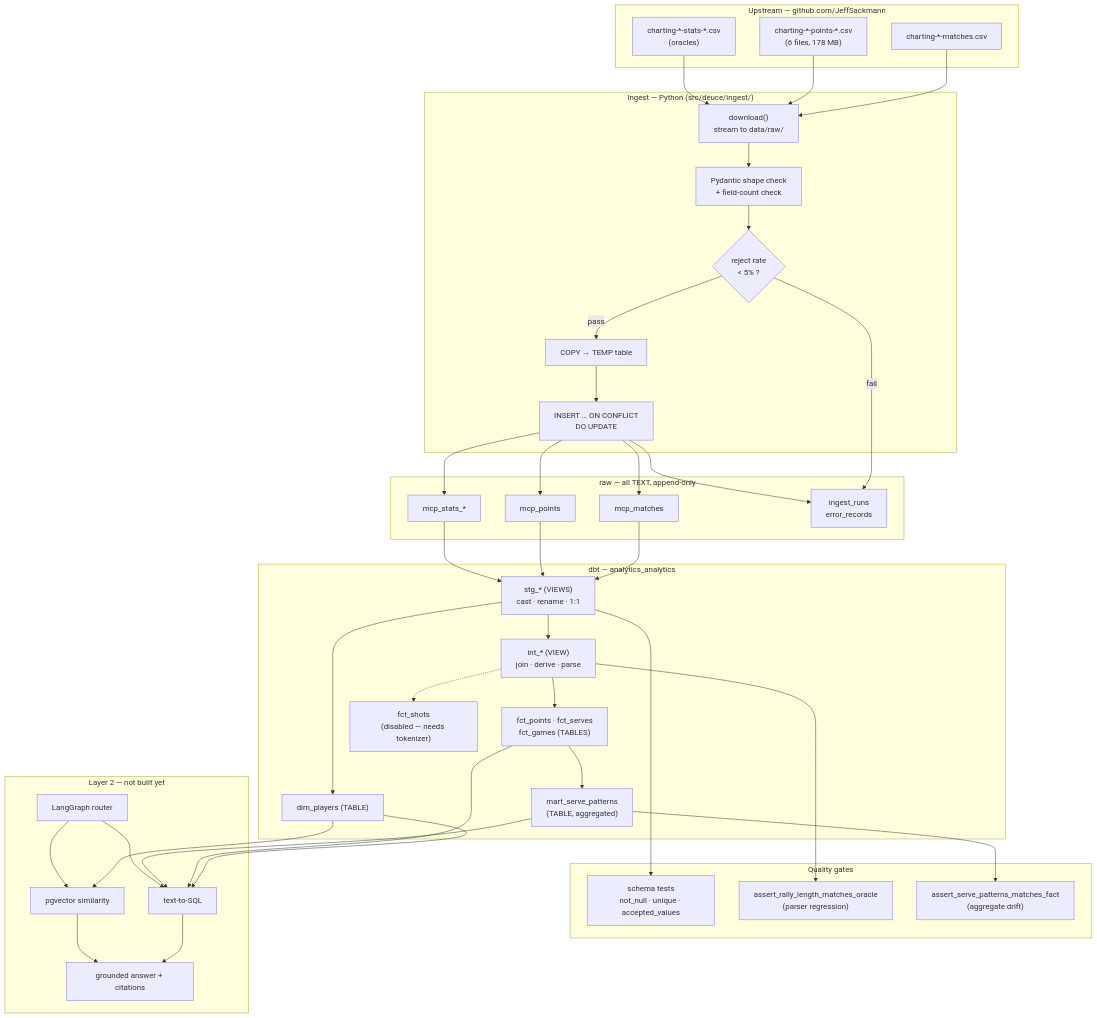
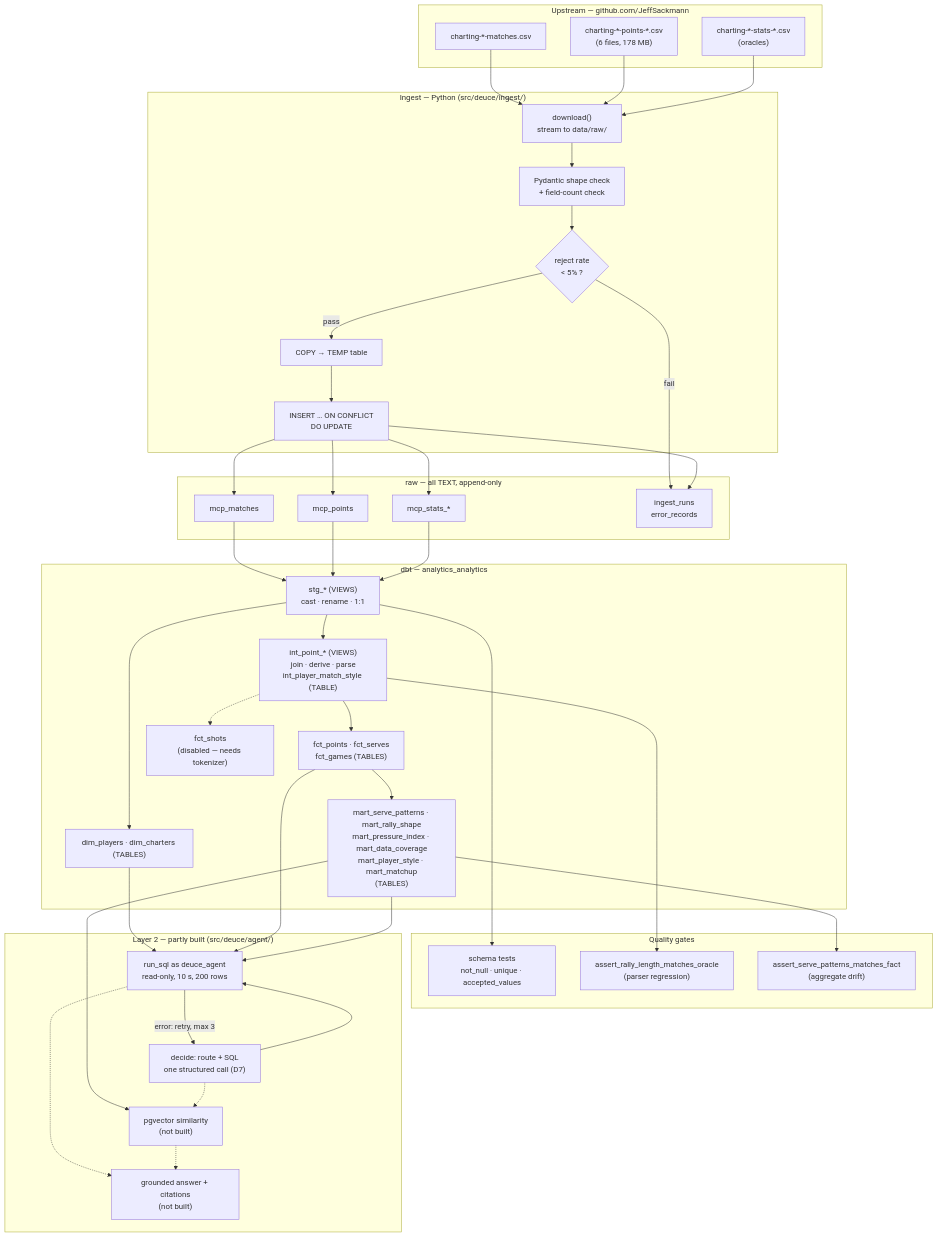
Before and after one commit to kylezehaoqin/deuce: the first of 3 diagrams in docs/schema.md, drawn with Mermaid. The commit also changed other lines of this file and 5 other files, not shown here.

First line of the commit message:
Bring the docs current with the agent layer

````diff
--- a/docs/schema.md
+++ b/docs/schema.md
@@ -44,64 +62,66 @@
 ```mermaid
 flowchart TB
   subgraph SRC["Upstream — github.com/JeffSackmann"]
     A1["charting-*-matches.csv"]
     A2["charting-*-points-*.csv<br/>(6 files, 178 MB)"]
     A3["charting-*-stats-*.csv<br/>(oracles)"]
   end
 
   subgraph ING["Ingest — Python (src/deuce/ingest/)"]
     B1["download()<br/>stream to data/raw/"]
     B2["Pydantic shape check<br/>+ field-count check"]
     B3{"reject rate<br/>&lt; 5% ?"}
     B4["COPY → TEMP table"]
     B5["INSERT … ON CONFLICT<br/>DO UPDATE"]
   end
 
   subgraph RAW["raw — all TEXT, append-only"]
     C1["mcp_matches"]
     C2["mcp_points"]
     C3["mcp_stats_*"]
     C4["ingest_runs<br/>error_records"]
   end
 
   subgraph DBT["dbt — analytics_analytics"]
     D1["stg_* (VIEWS)<br/>cast · rename · 1:1"]
-    D2["int_* (VIEW)<br/>join · derive · parse"]
-    D3["dim_players (TABLE)"]
+    D2["int_point_* (VIEWS)<br/>join · derive · parse<br/>int_player_match_style (TABLE)"]
+    D3["dim_players · dim_charters (TABLES)"]
     D4["fct_points · fct_serves<br/>fct_games (TABLES)"]
-    D5["mart_serve_patterns<br/>(TABLE, aggregated)"]
+    D5["mart_serve_patterns · mart_rally_shape<br/>mart_pressure_index · mart_data_coverage<br/>mart_player_style · mart_matchup<br/>(TABLES)"]
     D6["fct_shots<br/>(disabled — needs tokenizer)"]
   end
 
   subgraph TEST["Quality gates"]
     E1["schema tests<br/>not_null · unique · accepted_values"]
     E2["assert_rally_length_matches_oracle<br/>(parser regression)"]
     E3["assert_serve_patterns_matches_fact<br/>(aggregate drift)"]
   end
 
-  subgraph AGENT["Layer 2 — not built yet"]
-    F1["LangGraph router"]
-    F2["text-to-SQL"]
-    F3["pgvector similarity"]
-    F4["grounded answer + citations"]
+  subgraph AGENT["Layer 2 — partly built (src/deuce/agent/)"]
+    F1["decide: route + SQL<br/>one structured call (D7)"]
+    F2["run_sql as deuce_agent<br/>read-only, 10 s, 200 rows"]
+    F3["pgvector similarity<br/>(not built)"]
+    F4["grounded answer + citations<br/>(not built)"]
   end
 
   A1 & A2 & A3 --> B1 --> B2 --> B3
   B3 -->|fail| C4
   B3 -->|pass| B4 --> B5 --> C1 & C2 & C3
   B5 --> C4
   C1 & C2 --> D1
   C3 --> D1
   D1 --> D2
   D1 --> D3
   D2 --> D4
   D4 --> D5
   D2 -.-> D6
   D1 --> E1
   D2 --> E2
   D5 --> E3
   D3 & D4 & D5 --> F2
-  D3 --> F3
-  F1 --> F2 & F3
-  F2 & F3 --> F4
+  D5 --> F3
+  F1 --> F2
+  F2 -->|error: retry, max 3| F1
+  F1 -.-> F3
+  F2 & F3 -.-> F4
 ```
````
